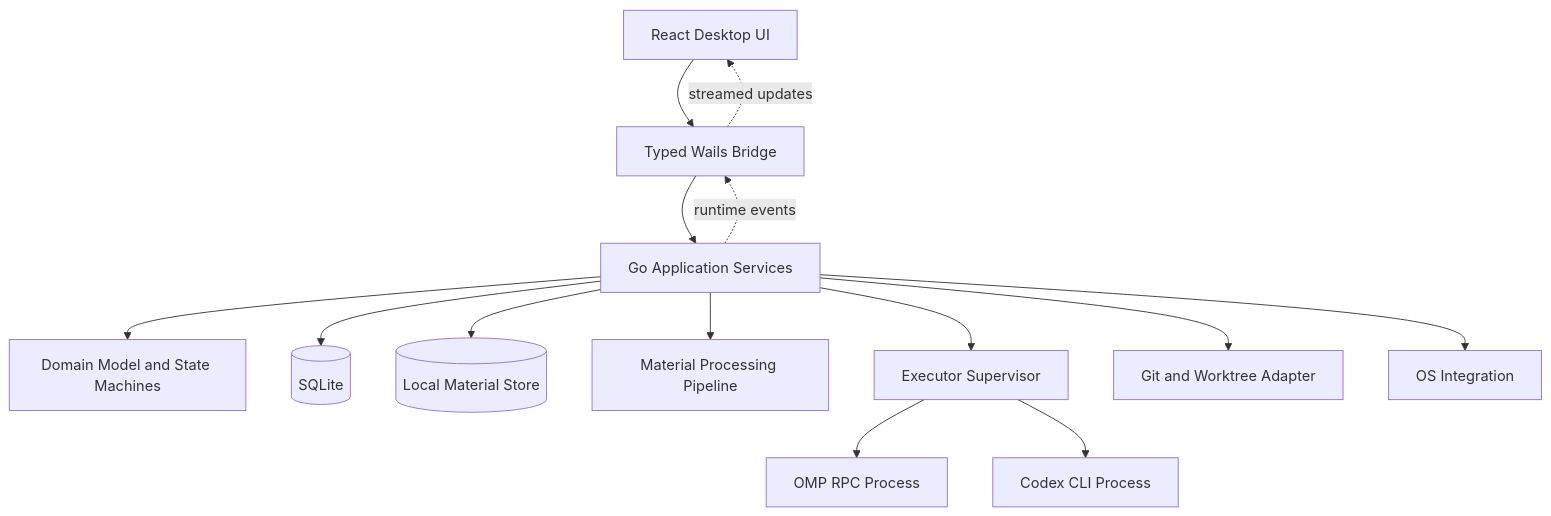
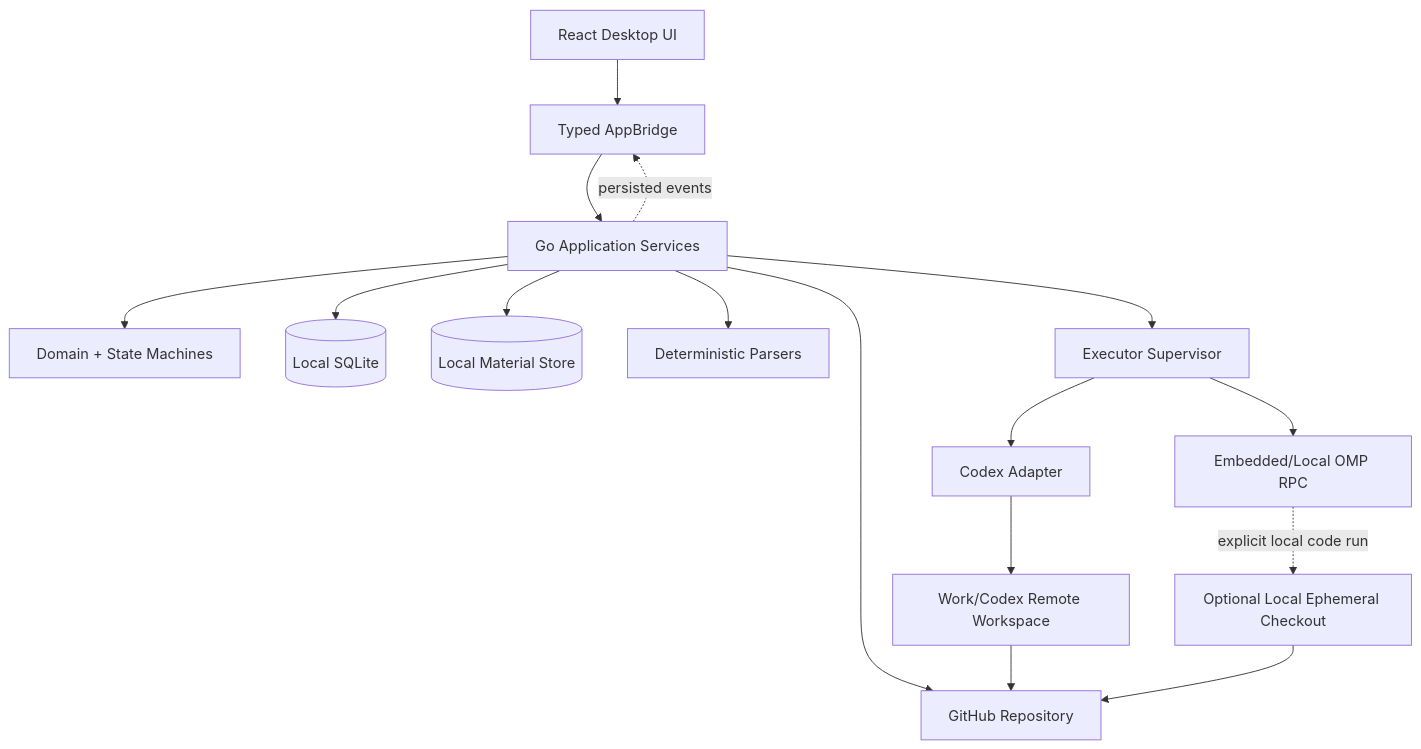
One commit to blue7zz/BTaskAssistant changed the diagram in docs/SOFTWARE_ARCHITECTURE.md. Above: the diagram before and after it, drawn with Mermaid. The commit also changed other lines of this file and 9 other files, not shown here.

````diff
--- a/docs/SOFTWARE_ARCHITECTURE.md
+++ b/docs/SOFTWARE_ARCHITECTURE.md
@@ -110,29 +45,30 @@
 ```mermaid
 flowchart TB
     UI[React Desktop UI]
-    BRIDGE[Typed Wails Bridge]
+    BRIDGE[Typed AppBridge]
     APP[Go Application Services]
-    DOMAIN[Domain Model and State Machines]
-    DB[(SQLite)]
-    FILES[(Local Material Store)]
-    PARSER[Material Processing Pipeline]
-    EXEC[Executor Supervisor]
-    PI[OMP RPC Process]
-    CODEX[Codex CLI Process]
-    GIT[Git and Worktree Adapter]
-    OS[OS Integration]
+    DOMAIN[Domain + State Machines]
+    DB[(Local SQLite)]
+    MATERIALS[(Local Material Store)]
+    PARSERS[Deterministic Parsers]
+    SUP[Executor Supervisor]
+    OMP[Embedded/Local OMP RPC]
+    CODEX[Codex Adapter]
+    GH[GitHub Repository]
+    REMOTE[Work/Codex Remote Workspace]
+    TEMP[Optional Local Ephemeral Checkout]
 
-    UI --> BRIDGE
-    BRIDGE --> APP
-    APP --> DOMAIN
+    UI --> BRIDGE --> APP --> DOMAIN
     APP --> DB
-    APP --> FILES
-    APP --> PARSER
-    APP --> EXEC
-    APP --> GIT
-    APP --> OS
-    EXEC --> PI
-    EXEC --> CODEX
-    APP -. runtime events .-> BRIDGE
-    BRIDGE -. streamed updates .-> UI
+    APP --> MATERIALS
+    APP --> PARSERS
+    APP --> SUP
+    SUP --> OMP
+    SUP --> CODEX
+    APP --> GH
+    CODEX --> REMOTE
+    OMP -. explicit local code run .-> TEMP
+    REMOTE --> GH
+    TEMP --> GH
+    APP -. persisted events .-> BRIDGE
 ```
````
